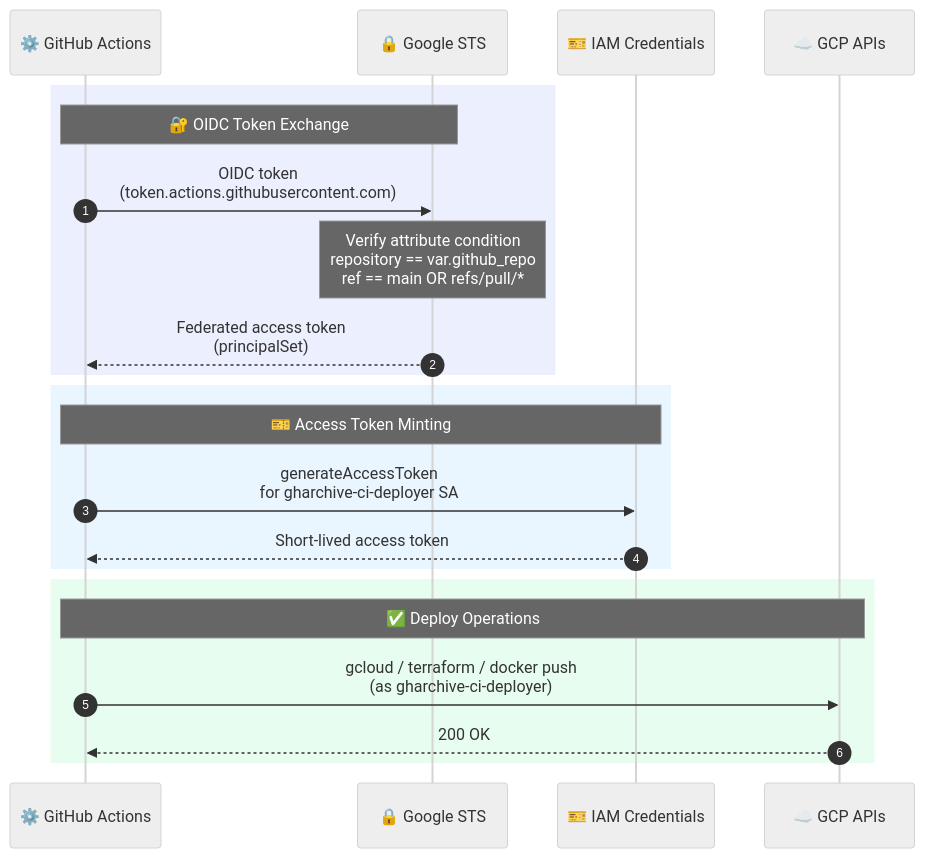
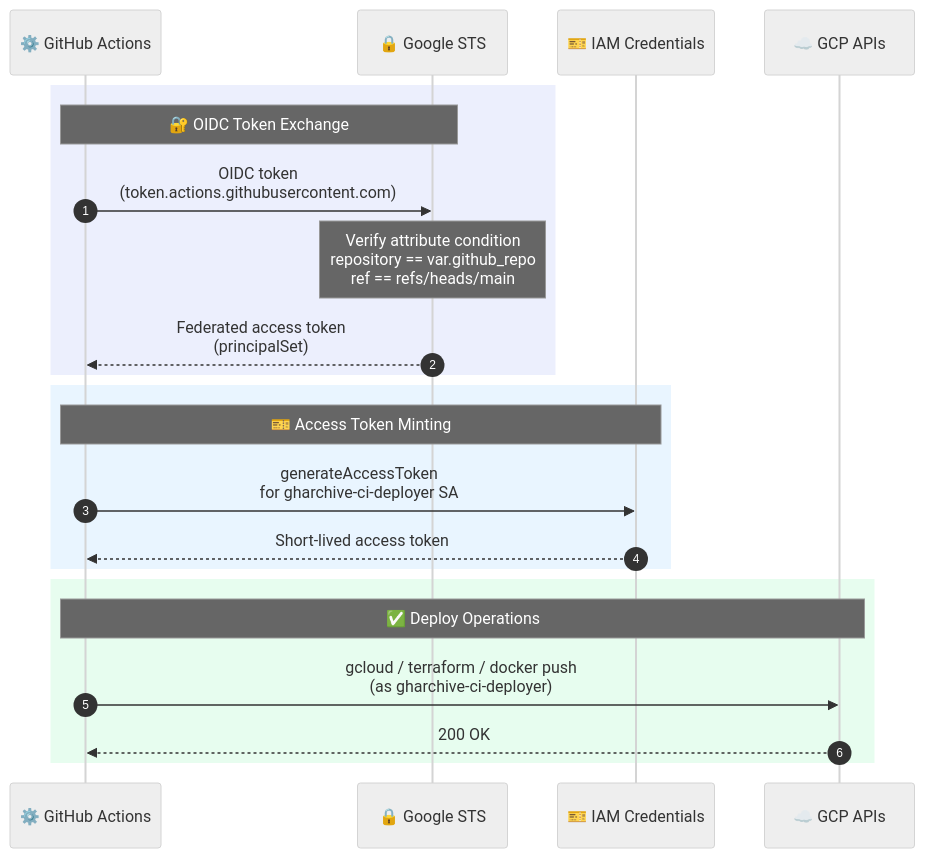
The second of 2 diagrams in terraform/README.md (joshua-data/project-gharchive-elt), drawn with Mermaid (neutral theme) before and after one commit. The commit also changed other lines of this file and 1 other file, not shown here.

````diff
--- a/terraform/README.md
+++ b/terraform/README.md
@@ -103,27 +103,27 @@
 ```mermaid
 sequenceDiagram
     autonumber
     participant Job as ⚙️ GitHub Actions
     participant STS as 🔒 Google STS
     participant IAM as 🎫 IAM Credentials
     participant GCP as ☁️ GCP APIs
 
     rect rgb(102, 126, 234, 0.12)
         Note over Job,STS: 🔐 OIDC Token Exchange
         Job->>STS: OIDC token<br/>(token.actions.githubusercontent.com)
-        Note over STS: Verify attribute condition<br/>repository == var.github_repo<br/>ref == main OR refs/pull/*
+        Note over STS: Verify attribute condition<br/>repository == var.github_repo<br/>ref == refs/heads/main
         STS-->>Job: Federated access token<br/>(principalSet)
     end
 
     rect rgb(79, 172, 254, 0.12)
         Note over Job,IAM: 🎫 Access Token Minting
         Job->>IAM: generateAccessToken<br/>for gharchive-ci-deployer SA
         IAM-->>Job: Short-lived access token
     end
 
     rect rgb(56, 239, 125, 0.12)
         Note over Job,GCP: ✅ Deploy Operations
         Job->>GCP: gcloud / terraform / docker push<br/>(as gharchive-ci-deployer)
         GCP-->>Job: 200 OK
     end
 ```
````
